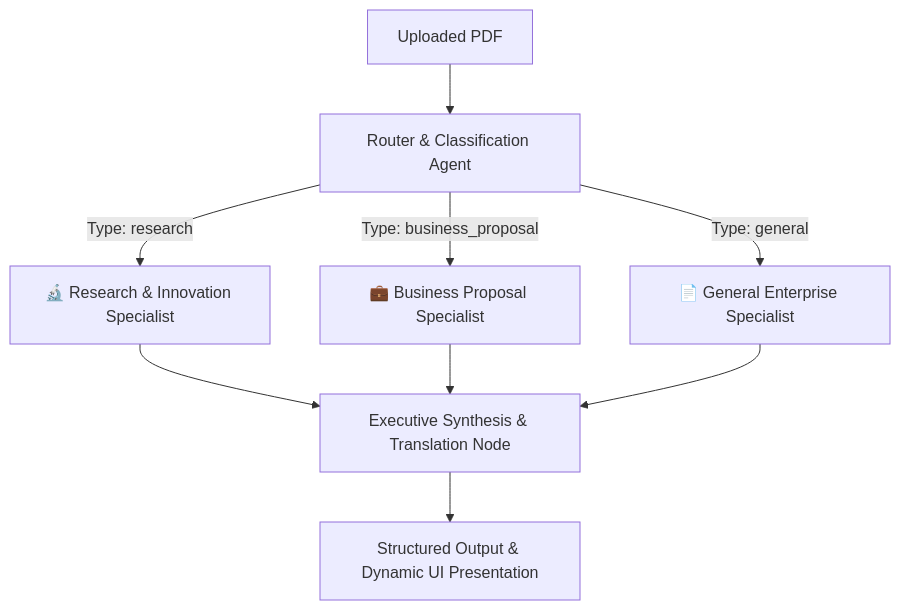
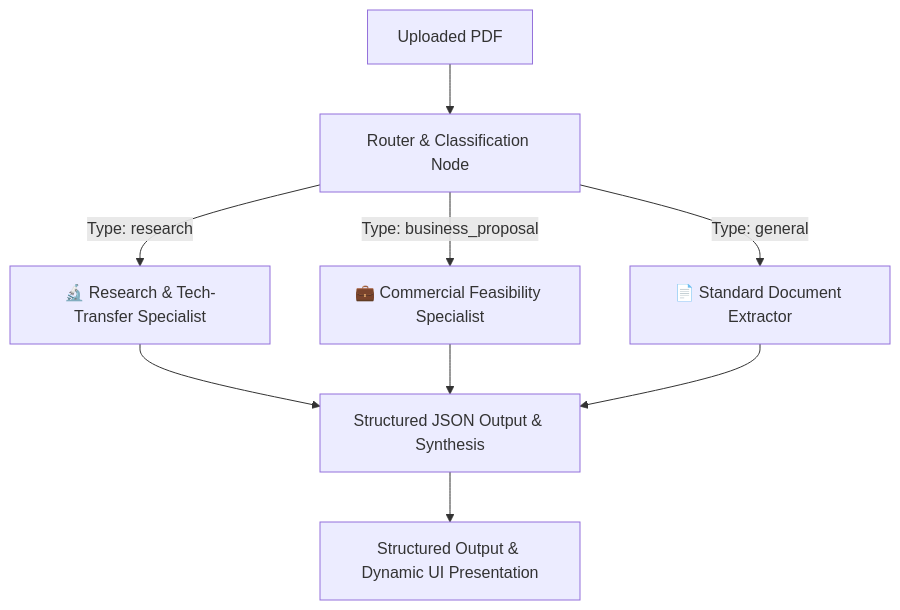
Before and after one commit to hunorarato72/enterprise-pdf-extractor: the diagram in README.md, drawn with Mermaid. The commit also changed other lines of this file and 20 other files, not shown here.

Commit message:
feat: complete enterprise document intelligence pipeline with fastapicloud deployment

````diff
--- a/README.md
+++ b/README.md
@@ -21,14 +21,14 @@
 ```mermaid
 graph TD
-    A[Uploaded PDF] --> B[Router & Classification Agent]
+    A[Uploaded PDF] --> B[Router & Classification Node]
     
-    B -->|Type: research| C[🔬 Research & Innovation Specialist]
-    B -->|Type: business_proposal| D[💼 Business Proposal Specialist]
-    B -->|Type: general| E[📄 General Enterprise Specialist]
+    B -->|Type: research| C[🔬 Research & Tech-Transfer Specialist]
+    B -->|Type: business_proposal| D[💼 Commercial Feasibility Specialist]
+    B -->|Type: general| E[📄 Standard Document Extractor]
     
-    C --> F[Executive Synthesis & Translation Node]
+    C --> F[Structured JSON Output & Synthesis]
     D --> F
     E --> F
     
     F --> G[Structured Output & Dynamic UI Presentation]
 ```
````
